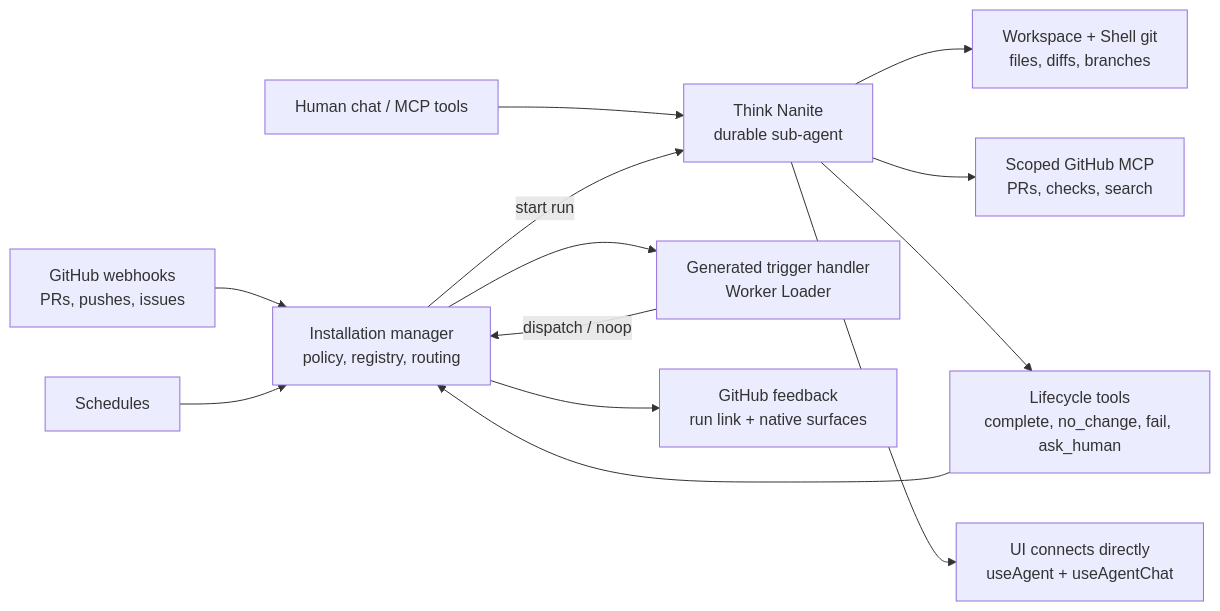
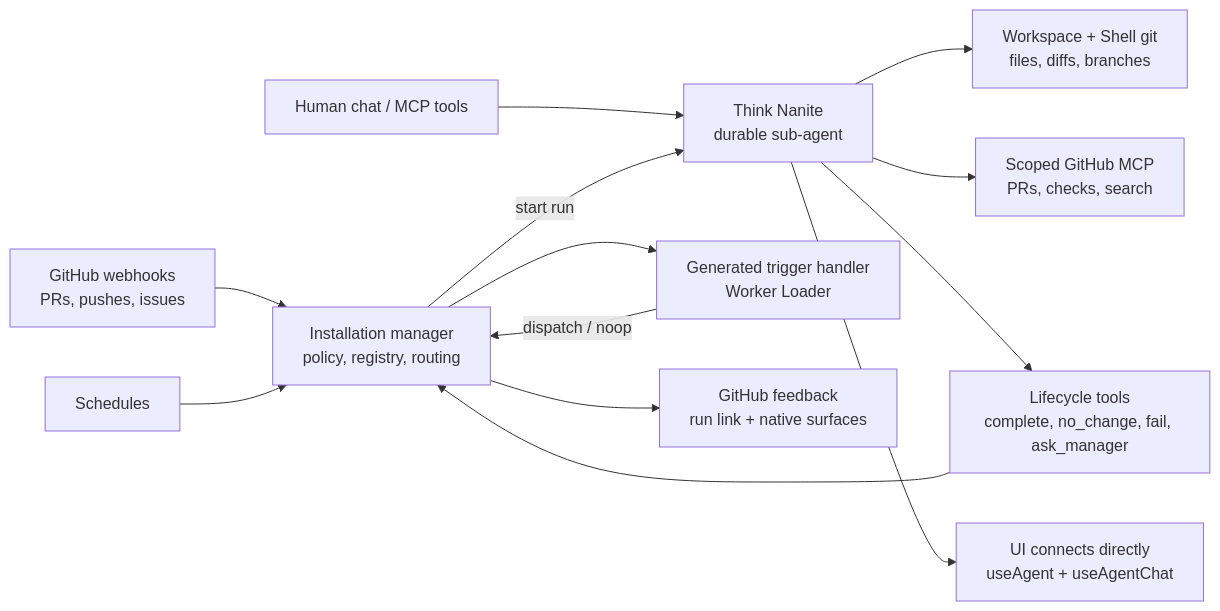
Before and after one commit to WebMCP-org/nanites: the first of 2 diagrams in docs/architecture/README.md, drawn with Mermaid. The commit also changed other lines of this file and 77 other files, not shown here.

First line of the commit message:
Implement manager escalation lifecycle

````diff
--- a/docs/architecture/README.md
+++ b/docs/architecture/README.md
@@ -27,15 +27,15 @@
 ```mermaid
 flowchart LR
   GitHub["GitHub webhooks<br/>PRs, pushes, issues"] --> Manager["Installation manager<br/>policy, registry, routing"]
   Schedule["Schedules"] --> Manager
   Human["Human chat / MCP tools"] --> Nanite["Think Nanite<br/>durable sub-agent"]
   Manager --> Trigger["Generated trigger handler<br/>Worker Loader"]
   Trigger -->|"dispatch / noop"| Manager
   Manager -->|"start run"| Nanite
   Nanite --> Workspace["Workspace + Shell git<br/>files, diffs, branches"]
   Nanite --> GitHubMcp["Scoped GitHub MCP<br/>PRs, checks, search"]
-  Nanite --> Lifecycle["Lifecycle tools<br/>complete, no_change, fail, ask_human"]
+  Nanite --> Lifecycle["Lifecycle tools<br/>complete, no_change, fail, ask_manager"]
   Lifecycle --> Manager
   Manager --> Surface["GitHub feedback<br/>run link + native surfaces"]
   Nanite --> UI["UI connects directly<br/>useAgent + useAgentChat"]
 ```
````
